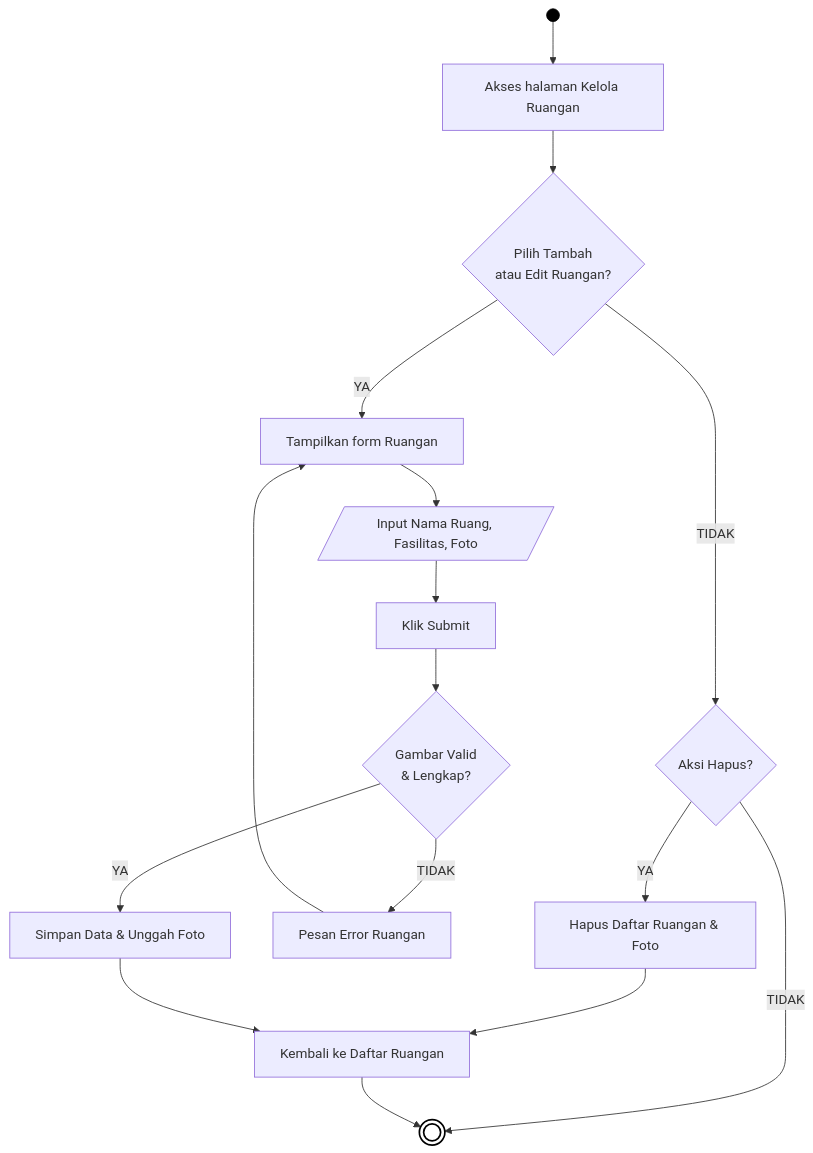
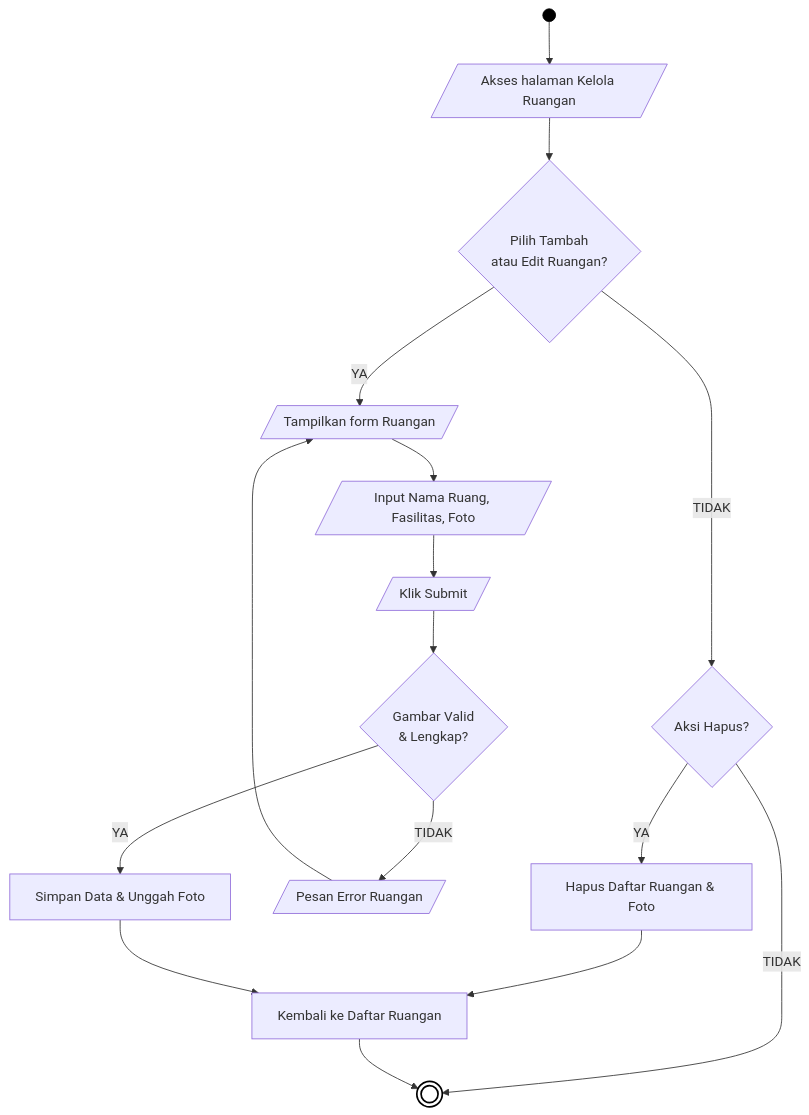
The ninth of 21 diagrams in docs/01_DIAGRAM_AKTIVITAS.md (arbain-dev/Web_fikom), drawn with Mermaid before and after one commit. The commit also changed other lines of this file, not shown here.

````diff
--- a/docs/01_DIAGRAM_AKTIVITAS.md
+++ b/docs/01_DIAGRAM_AKTIVITAS.md
@@ -284,26 +284,26 @@
 ```mermaid
 flowchart TD
-    Start(( )) --> A[Akses halaman Kelola Ruangan]
+    Start(( )) --> A[/Akses halaman Kelola Ruangan/]
     
     A --> B{Pilih Tambah\natau Edit Ruangan?}
     
     B -- TIDAK --> Hapus{Aksi Hapus?}
     Hapus -- YA --> HC[Hapus Daftar Ruangan & Foto]
     Hapus -- TIDAK --> End((( )))
     HC --> I[Kembali ke Daftar Ruangan]
     
-    B -- YA --> C[Tampilkan form Ruangan]
+    B -- YA --> C[/Tampilkan form Ruangan/]
     C --> D[/Input Nama Ruang, Fasilitas, Foto/]
-    D --> E[Klik Submit]
+    D --> E[/Klik Submit/]
     
     E --> F{Gambar Valid\n& Lengkap?}
-    F -- TIDAK --> G[Pesan Error Ruangan]
+    F -- TIDAK --> G[/Pesan Error Ruangan/]
     G --> C
     
     F -- YA --> H[Simpan Data & Unggah Foto]
     H --> I
     I --> End
     
     style Start fill:#000,stroke:#000,color:#000
     style End fill:#fff,stroke:#000,stroke-width:2px
 ```
````
